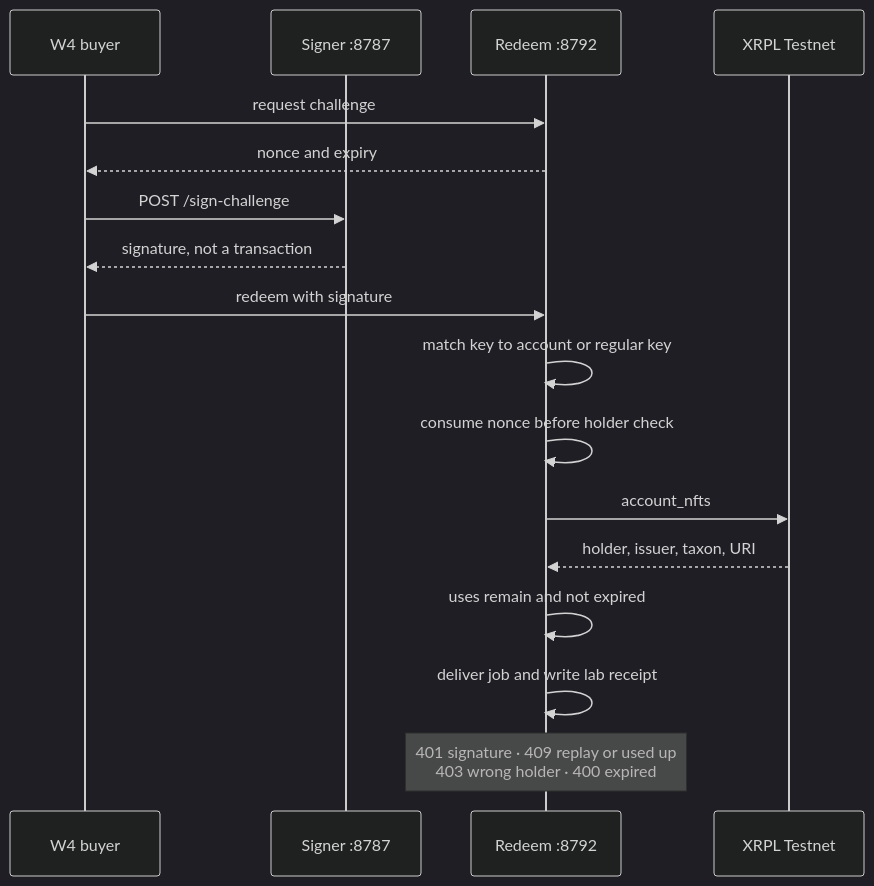
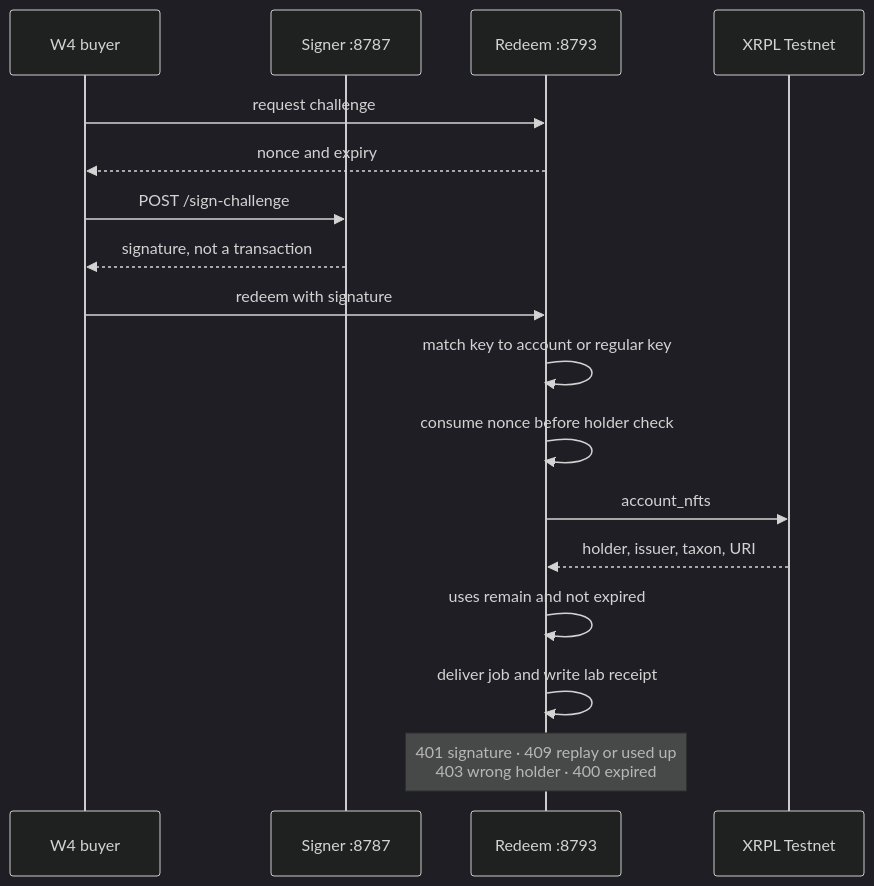
The diagram in machines/agent-work-license/diagrams/redeem.mmd (Hobie1Kenobi/aether-foundry), drawn with Mermaid (dark theme) before and after one commit. The commit also changed 15 other files, not shown here.

```diff
--- a/machines/agent-work-license/diagrams/redeem.mmd
+++ b/machines/agent-work-license/diagrams/redeem.mmd
@@ -1,17 +1,17 @@
 sequenceDiagram
   participant Buyer as W4 buyer
   participant Signer as Signer :8787
-  participant Server as Redeem :8792
+  participant Server as Redeem :8793
   participant Ledger as XRPL Testnet
   Buyer->>Server: request challenge
   Server-->>Buyer: nonce and expiry
   Buyer->>Signer: POST /sign-challenge
   Signer-->>Buyer: signature, not a transaction
   Buyer->>Server: redeem with signature
   Server->>Server: match key to account or regular key
   Server->>Server: consume nonce before holder check
   Server->>Ledger: account_nfts
   Ledger-->>Server: holder, issuer, taxon, URI
   Server->>Server: uses remain and not expired
   Server->>Server: deliver job and write lab receipt
   Note over Server: 401 signature · 409 replay or used up<br/>403 wrong holder · 400 expired
```
